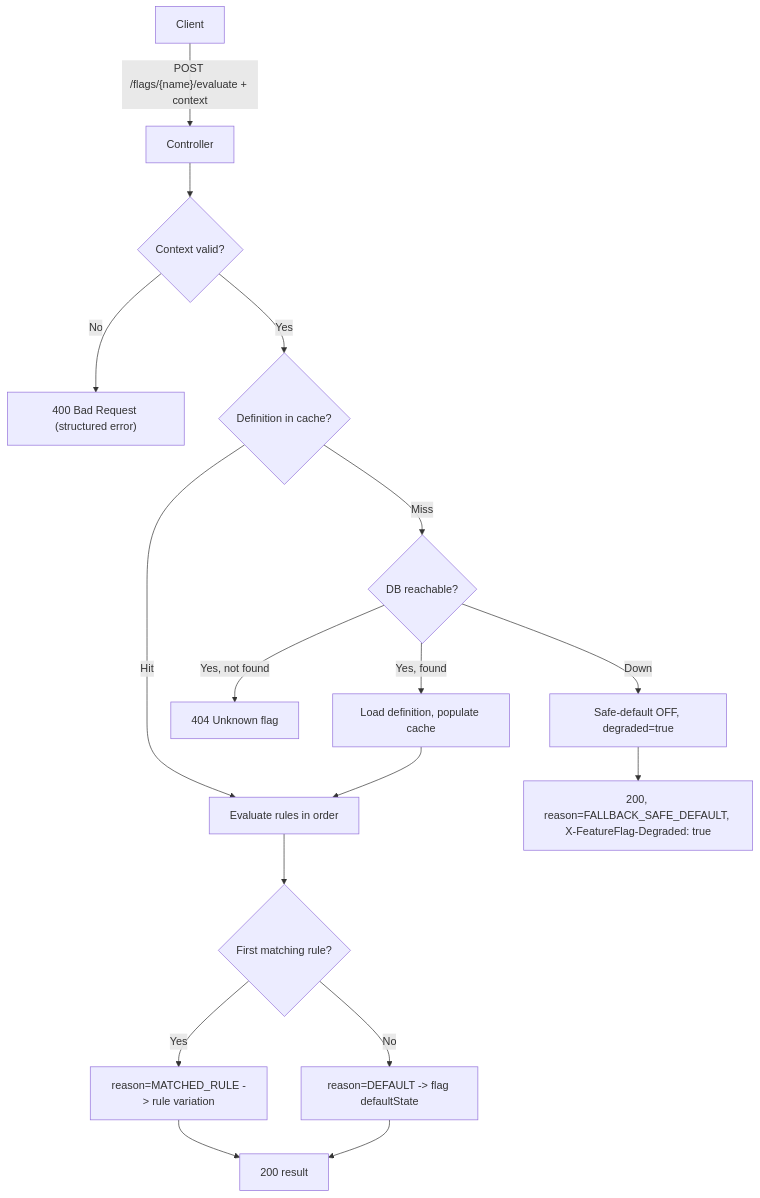
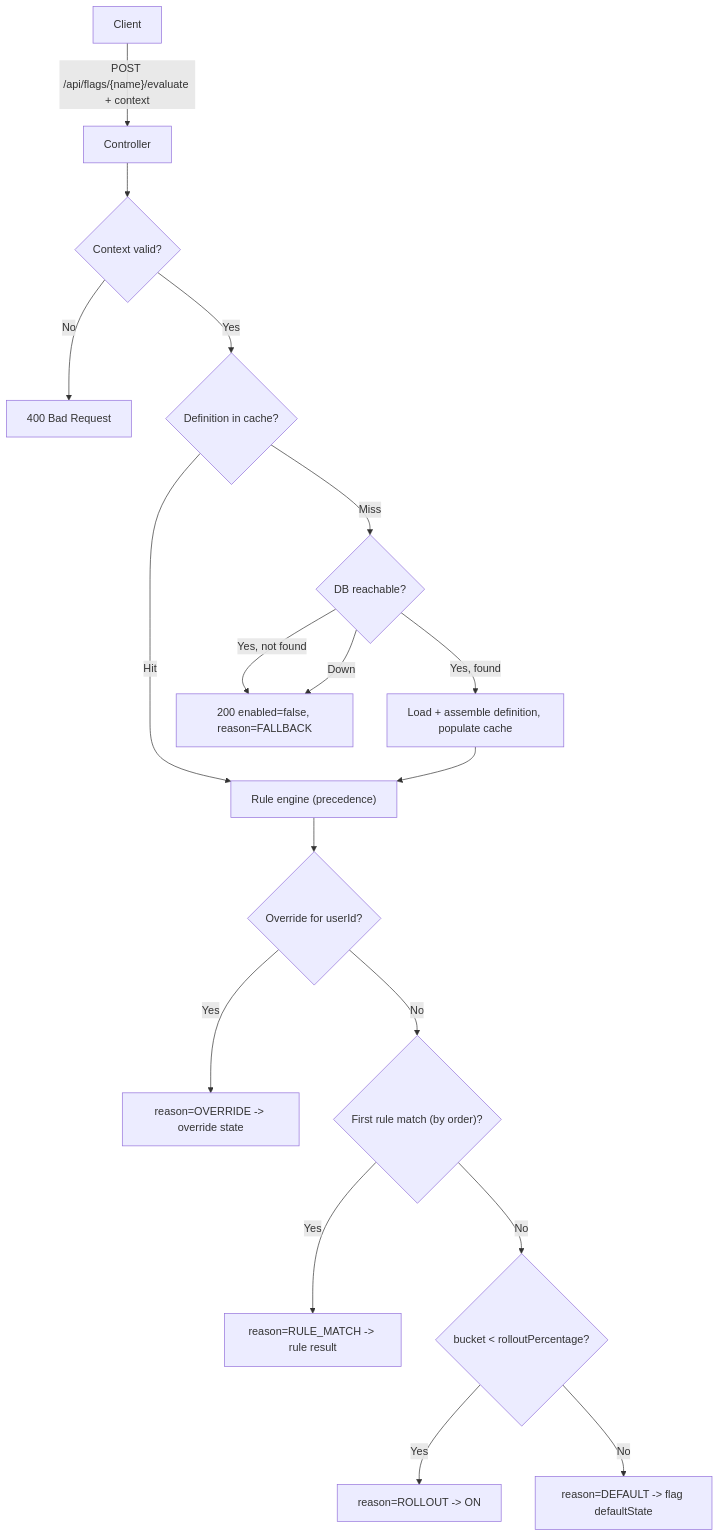
One commit to karansdoshi/featureFlagService changed the second of 4 diagrams in docs/architecture.md. Above: the diagram before and after it, drawn with Mermaid. The commit also changed other lines of this file and 49 other files, not shown here.

````diff
--- a/docs/architecture.md
+++ b/docs/architecture.md
@@ -26,19 +28,20 @@
 ```mermaid
 flowchart TD
-  Client -->|"POST /flags/{name}/evaluate + context"| Controller
+  Client -->|"POST /api/flags/{name}/evaluate + context"| Controller
   Controller --> Validate{"Context valid?"}
-  Validate -->|No| Err400["400 Bad Request (structured error)"]
+  Validate -->|No| Err400["400 Bad Request"]
   Validate -->|Yes| Cache{"Definition in cache?"}
-  Cache -->|Hit| Eval["Evaluate rules in order"]
+  Cache -->|Hit| Engine["Rule engine (precedence)"]
   Cache -->|Miss| DB{"DB reachable?"}
-  DB -->|"Yes, found"| Load["Load definition, populate cache"]
-  Load --> Eval
-  DB -->|"Yes, not found"| Err404["404 Unknown flag"]
-  DB -->|Down| Fallback["Safe-default OFF, degraded=true"]
-  Eval --> Match{"First matching rule?"}
-  Match -->|Yes| RetVar["reason=MATCHED_RULE -> rule variation"]
-  Match -->|No| RetDef["reason=DEFAULT -> flag defaultState"]
-  Fallback --> Resp200["200, reason=FALLBACK_SAFE_DEFAULT, X-FeatureFlag-Degraded: true"]
-  RetVar --> Resp["200 result"]
-  RetDef --> Resp
+  DB -->|"Yes, found"| Load["Load + assemble definition, populate cache"]
+  Load --> Engine
+  DB -->|"Yes, not found"| Fb["200 enabled=false, reason=FALLBACK"]
+  DB -->|Down| Fb
+  Engine --> Ovr{"Override for userId?"}
+  Ovr -->|Yes| ROvr["reason=OVERRIDE -> override state"]
+  Ovr -->|No| Rules{"First rule match (by order)?"}
+  Rules -->|Yes| RRule["reason=RULE_MATCH -> rule result"]
+  Rules -->|No| Roll{"bucket < rolloutPercentage?"}
+  Roll -->|Yes| RRoll["reason=ROLLOUT -> ON"]
+  Roll -->|No| RDef["reason=DEFAULT -> flag defaultState"]
 ```
````
